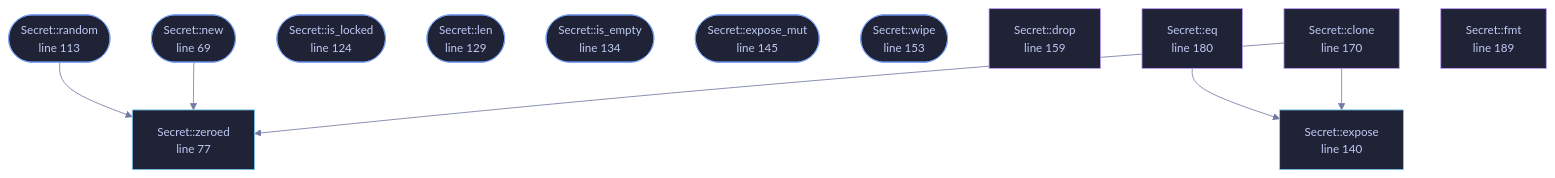
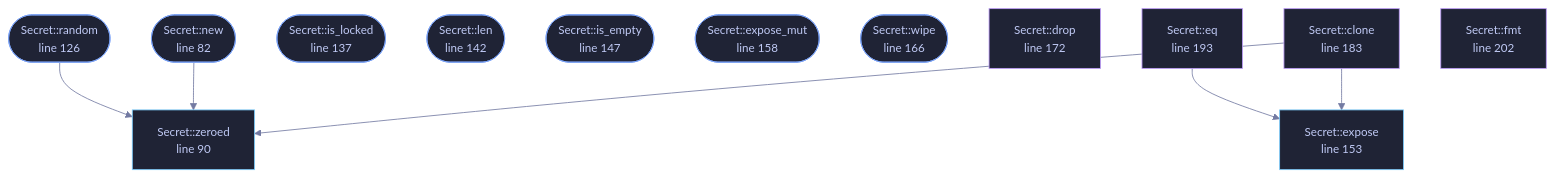
One commit to tilas01/veilvoice changed the diagram in docs/files/veilvoice-crypto/amnesia.md. Above: the diagram before and after it, drawn with Mermaid. The commit also changed other lines of this file and 487 other files, not shown here.

````diff
--- a/docs/files/veilvoice-crypto/amnesia.md
+++ b/docs/files/veilvoice-crypto/amnesia.md
@@ -109,41 +123,41 @@
 ```mermaid
 %%{init: {"theme":"base","themeVariables":{"background":"#1a1b26","primaryColor":"#1f2335","primaryTextColor":"#c0caf5","primaryBorderColor":"#7aa2f7","secondaryColor":"#16161e","tertiaryColor":"#16161e","lineColor":"#737aa2","textColor":"#c0caf5","mainBkg":"#1f2335","nodeBorder":"#7aa2f7","clusterBkg":"#16161e","clusterBorder":"#2f3549","fontFamily":"ui-monospace, SFMono-Regular, Consolas, monospace","fontSize":"14px"}}}%%
 flowchart TD
-    n_new(["Secret::new<br/>line 69"])
-    n_zeroed["Secret::zeroed<br/>line 77"]
-    n_random(["Secret::random<br/>line 113"])
-    n_is_locked(["Secret::is_locked<br/>line 124"])
-    n_len(["Secret::len<br/>line 129"])
-    n_is_empty(["Secret::is_empty<br/>line 134"])
-    n_expose["Secret::expose<br/>line 140"]
-    n_expose_mut(["Secret::expose_mut<br/>line 145"])
-    n_wipe(["Secret::wipe<br/>line 153"])
-    n_drop["Secret::drop<br/>line 159"]
-    n_clone["Secret::clone<br/>line 170"]
-    n_eq["Secret::eq<br/>line 180"]
-    n_fmt["Secret::fmt<br/>line 189"]
+    n_new(["Secret::new<br/>line 82"])
+    n_zeroed["Secret::zeroed<br/>line 90"]
+    n_random(["Secret::random<br/>line 126"])
+    n_is_locked(["Secret::is_locked<br/>line 137"])
+    n_len(["Secret::len<br/>line 142"])
+    n_is_empty(["Secret::is_empty<br/>line 147"])
+    n_expose["Secret::expose<br/>line 153"]
+    n_expose_mut(["Secret::expose_mut<br/>line 158"])
+    n_wipe(["Secret::wipe<br/>line 166"])
+    n_drop["Secret::drop<br/>line 172"]
+    n_clone["Secret::clone<br/>line 183"]
+    n_eq["Secret::eq<br/>line 193"]
+    n_fmt["Secret::fmt<br/>line 202"]
     n_clone --> n_expose
     n_clone --> n_zeroed
     n_eq --> n_expose
     n_new --> n_zeroed
     n_random --> n_zeroed
-    click n_new href "https://github.com/tilas01/veilvoice/blob/main/crates/veilvoice-crypto/src/amnesia.rs#L69" "open the source"
-    click n_zeroed href "https://github.com/tilas01/veilvoice/blob/main/crates/veilvoice-crypto/src/amnesia.rs#L77" "open the source"
-    click n_random href "https://github.com/tilas01/veilvoice/blob/main/crates/veilvoice-crypto/src/amnesia.rs#L113" "open the source"
-    click n_is_locked href "https://github.com/tilas01/veilvoice/blob/main/crates/veilvoice-crypto/src/amnesia.rs#L124" "open the source"
-    click n_len href "https://github.com/tilas01/veilvoice/blob/main/crates/veilvoice-crypto/src/amnesia.rs#L129" "open the source"
-    click n_is_empty href "https://github.com/tilas01/veilvoice/blob/main/crates/veilvoice-crypto/src/amnesia.rs#L134" "open the source"
-    click n_expose href "https://github.com/tilas01/veilvoice/blob/main/crates/veilvoice-crypto/src/amnesia.rs#L140" "open the source"
-    click n_expose_mut href "https://github.com/tilas01/veilvoice/blob/main/crates/veilvoice-crypto/src/amnesia.rs#L145" "open the source"
-    click n_wipe href "https://github.com/tilas01/veilvoice/blob/main/crates/veilvoice-crypto/src/amnesia.rs#L153" "open the source"
-    click n_drop href "https://github.com/tilas01/veilvoice/blob/main/crates/veilvoice-crypto/src/amnesia.rs#L159" "open the source"
-    click n_clone href "https://github.com/tilas01/veilvoice/blob/main/crates/veilvoice-crypto/src/amnesia.rs#L170" "open the source"
-    click n_eq href "https://github.com/tilas01/veilvoice/blob/main/crates/veilvoice-crypto/src/amnesia.rs#L180" "open the source"
-    click n_fmt href "https://github.com/tilas01/veilvoice/blob/main/crates/veilvoice-crypto/src/amnesia.rs#L189" "open the source"
+    click n_new href "https://github.com/tilas01/veilvoice/blob/main/crates/veilvoice-crypto/src/amnesia.rs#L82" "open the source"
+    click n_zeroed href "https://github.com/tilas01/veilvoice/blob/main/crates/veilvoice-crypto/src/amnesia.rs#L90" "open the source"
+    click n_random href "https://github.com/tilas01/veilvoice/blob/main/crates/veilvoice-crypto/src/amnesia.rs#L126" "open the source"
+    click n_is_locked href "https://github.com/tilas01/veilvoice/blob/main/crates/veilvoice-crypto/src/amnesia.rs#L137" "open the source"
+    click n_len href "https://github.com/tilas01/veilvoice/blob/main/crates/veilvoice-crypto/src/amnesia.rs#L142" "open the source"
+    click n_is_empty href "https://github.com/tilas01/veilvoice/blob/main/crates/veilvoice-crypto/src/amnesia.rs#L147" "open the source"
+    click n_expose href "https://github.com/tilas01/veilvoice/blob/main/crates/veilvoice-crypto/src/amnesia.rs#L153" "open the source"
+    click n_expose_mut href "https://github.com/tilas01/veilvoice/blob/main/crates/veilvoice-crypto/src/amnesia.rs#L158" "open the source"
+    click n_wipe href "https://github.com/tilas01/veilvoice/blob/main/crates/veilvoice-crypto/src/amnesia.rs#L166" "open the source"
+    click n_drop href "https://github.com/tilas01/veilvoice/blob/main/crates/veilvoice-crypto/src/amnesia.rs#L172" "open the source"
+    click n_clone href "https://github.com/tilas01/veilvoice/blob/main/crates/veilvoice-crypto/src/amnesia.rs#L183" "open the source"
+    click n_eq href "https://github.com/tilas01/veilvoice/blob/main/crates/veilvoice-crypto/src/amnesia.rs#L193" "open the source"
+    click n_fmt href "https://github.com/tilas01/veilvoice/blob/main/crates/veilvoice-crypto/src/amnesia.rs#L202" "open the source"
     classDef entry fill:#1f2335,stroke:#7aa2f7,color:#c0caf5
     class n_new,n_random,n_is_locked,n_len,n_is_empty,n_expose_mut,n_wipe entry
     classDef api fill:#1f2335,stroke:#7dcfff,color:#c0caf5
     class n_zeroed,n_expose api
     classDef helper fill:#1f2335,stroke:#bb9af7,color:#c0caf5
     class n_drop,n_clone,n_eq,n_fmt helper
 ```
````
